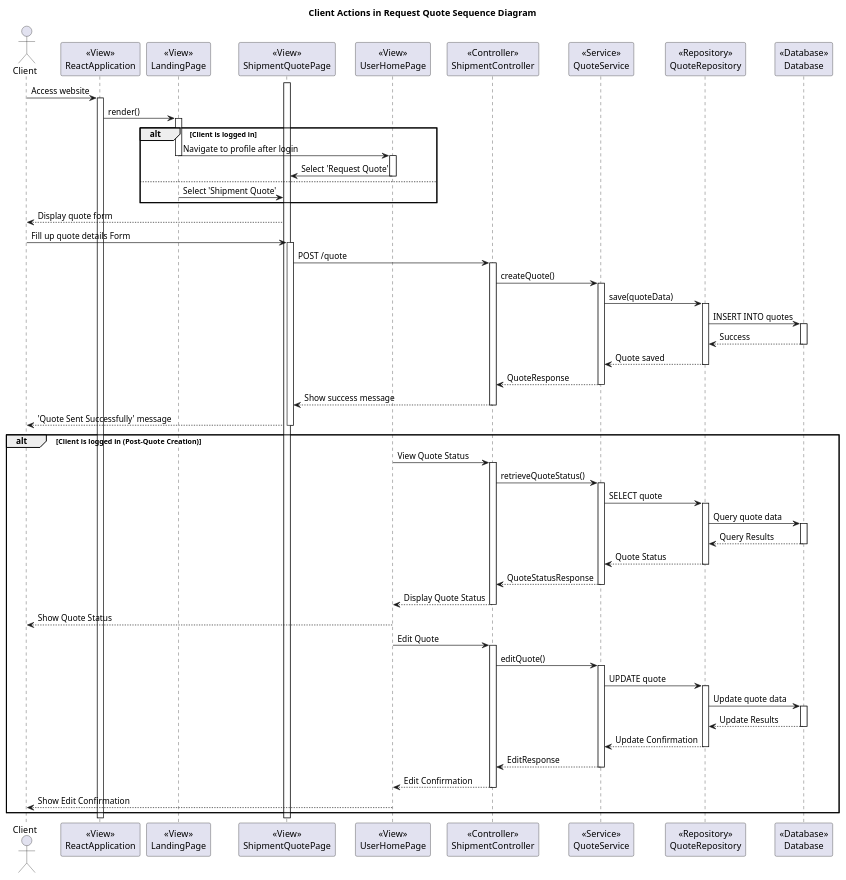
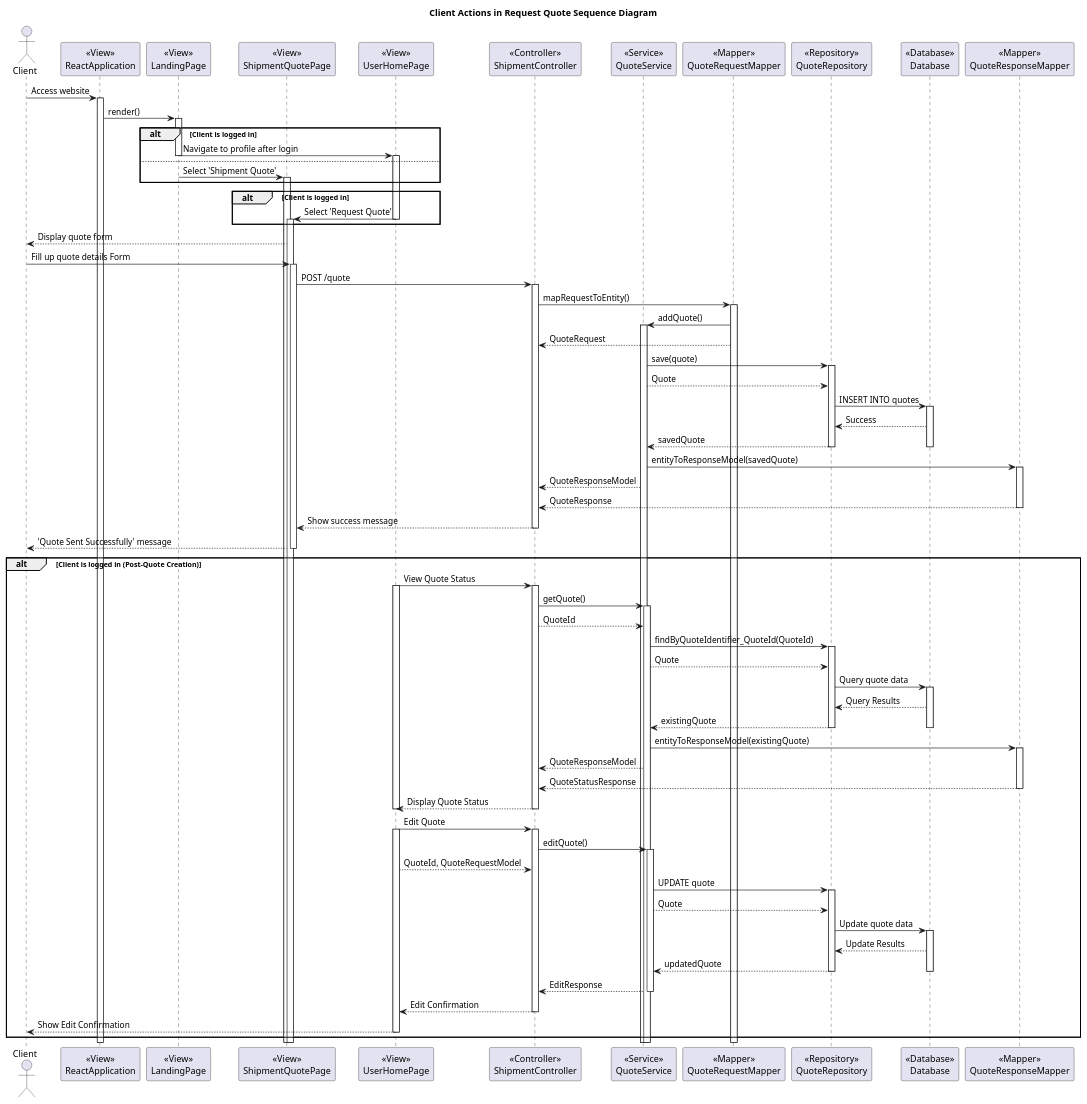
Before and after one commit to nic5694/MovingExpress: the diagram in Diagrams/Sprints/Sprint_1-Request_Quote/Design-lvl-SSD_Client.puml, drawn with PlantUML.

Commit message:
Client ssd update

```diff
--- a/Diagrams/Sprints/Sprint_1-Request_Quote/Design-lvl-SSD_Client.puml
+++ b/Diagrams/Sprints/Sprint_1-Request_Quote/Design-lvl-SSD_Client.puml
@@ -1,118 +1,140 @@
 @startuml
 title Client Actions in Request Quote Sequence Diagram
 
 actor Client
 
 participant ReactApplication as "<<View>>\nReactApplication"
 participant LandingPage as "<<View>>\nLandingPage"
 participant ShipmentQuotePage as "<<View>>\nShipmentQuotePage"
 participant UserHomePage as "<<View>>\nUserHomePage"
 participant ShipmentController as "<<Controller>>\nShipmentController"
 participant QuoteService as "<<Service>>\nQuoteService"
+participant QuoteRequestMapper as "<<Mapper>>\nQuoteRequestMapper"
 participant QuoteRepository as "<<Repository>>\nQuoteRepository"
 participant Database as "<<Database>>\nDatabase"
+participant QuoteResponseMapper as "<<Mapper>>\nQuoteResponseMapper"
 
 Client -> ReactApplication : Access website
 activate ReactApplication
 
 ReactApplication -> LandingPage : render()
 activate LandingPage
 
 alt Client is logged in
     LandingPage -> UserHomePage : Navigate to profile after login
     deactivate LandingPage
     activate UserHomePage
-
-    UserHomePage -> ShipmentQuotePage : Select 'Request Quote'
-    deactivate UserHomePage
 else
     LandingPage -> ShipmentQuotePage : Select 'Shipment Quote'
     deactivate LandingPage
+    activate ShipmentQuotePage
 end
-activate ShipmentQuotePage
+
+alt Client is logged in
+    UserHomePage -> ShipmentQuotePage : Select 'Request Quote'
+    deactivate UserHomePage
+    activate ShipmentQuotePage
+end
 
 ShipmentQuotePage --> Client : Display quote form
 Client -> ShipmentQuotePage : Fill up quote details Form
 activate ShipmentQuotePage
 
 ShipmentQuotePage -> ShipmentController : POST /quote
 activate ShipmentController
 
-ShipmentController -> QuoteService : createQuote()
+ShipmentController -> QuoteRequestMapper : mapRequestToEntity()
+activate QuoteRequestMapper
+
+QuoteRequestMapper -> QuoteService : addQuote()
 activate QuoteService
+QuoteRequestMapper --> ShipmentController : QuoteRequest
 
-QuoteService -> QuoteRepository : save(quoteData)
+QuoteService -> QuoteRepository : save(quote)
 activate QuoteRepository
+QuoteService --> QuoteRepository : Quote
 
 QuoteRepository -> Database : INSERT INTO quotes
 activate Database
 Database --> QuoteRepository : Success
+QuoteRepository --> QuoteService : savedQuote
+
 deactivate Database
-
-QuoteRepository --> QuoteService : Quote saved
 deactivate QuoteRepository
 
-QuoteService --> ShipmentController : QuoteResponse
-deactivate QuoteService
+QuoteService -> QuoteResponseMapper : entityToResponseModel(savedQuote)
+activate QuoteResponseMapper
+QuoteService --> ShipmentController : QuoteResponseModel
+
+QuoteResponseMapper --> ShipmentController : QuoteResponse
+deactivate QuoteResponseMapper
 
 ShipmentController --> ShipmentQuotePage : Show success message
 deactivate ShipmentController
 
 ShipmentQuotePage --> Client : 'Quote Sent Successfully' message
 deactivate ShipmentQuotePage
 
 alt Client is logged in (Post-Quote Creation)
     UserHomePage -> ShipmentController : View Quote Status
+    activate UserHomePage
     activate ShipmentController
 
-    ShipmentController -> QuoteService : retrieveQuoteStatus()
+    ShipmentController -> QuoteService : getQuote()
     activate QuoteService
+    ShipmentController --> QuoteService : QuoteId
 
-    QuoteService -> QuoteRepository : SELECT quote
+    QuoteService -> QuoteRepository : findByQuoteIdentifier_QuoteId(QuoteId)
     activate QuoteRepository
+    QuoteService --> QuoteRepository : Quote
 
     QuoteRepository -> Database : Query quote data
     activate Database
     Database --> QuoteRepository : Query Results
+    QuoteRepository --> QuoteService : existingQuote
+
     deactivate Database
-
-    QuoteRepository --> QuoteService : Quote Status
     deactivate QuoteRepository
 
-    QuoteService --> ShipmentController : QuoteStatusResponse
-    deactivate QuoteService
+    QuoteService -> QuoteResponseMapper : entityToResponseModel(existingQuote)
+    activate QuoteResponseMapper
+    QuoteService --> ShipmentController : QuoteResponseModel
+
+    QuoteResponseMapper --> ShipmentController : QuoteStatusResponse
+    deactivate QuoteResponseMapper
 
     ShipmentController --> UserHomePage : Display Quote Status
     deactivate ShipmentController
-
-    UserHomePage --> Client : Show Quote Status
     deactivate UserHomePage
 
     UserHomePage -> ShipmentController : Edit Quote
+    activate UserHomePage
     activate ShipmentController
 
     ShipmentController -> QuoteService : editQuote()
     activate QuoteService
+    UserHomePage --> ShipmentController : QuoteId, QuoteRequestModel
 
     QuoteService -> QuoteRepository : UPDATE quote
     activate QuoteRepository
+    QuoteService --> QuoteRepository : Quote
 
     QuoteRepository -> Database : Update quote data
     activate Database
     Database --> QuoteRepository : Update Results
+    QuoteRepository --> QuoteService : updatedQuote
+
     deactivate Database
-
-    QuoteRepository --> QuoteService : Update Confirmation
     deactivate QuoteRepository
 
     QuoteService --> ShipmentController : EditResponse
     deactivate QuoteService
 
     ShipmentController --> UserHomePage : Edit Confirmation
     deactivate ShipmentController
 
     UserHomePage --> Client : Show Edit Confirmation
     deactivate UserHomePage
 end
 
 @enduml
```
